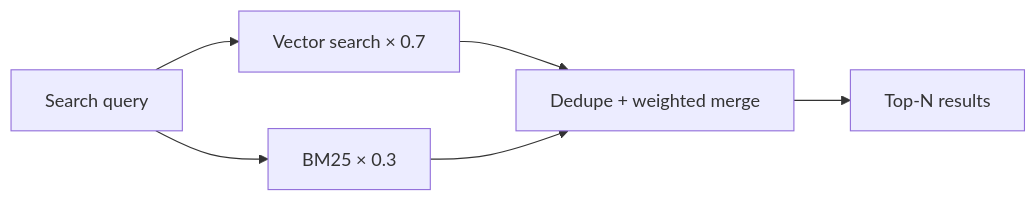
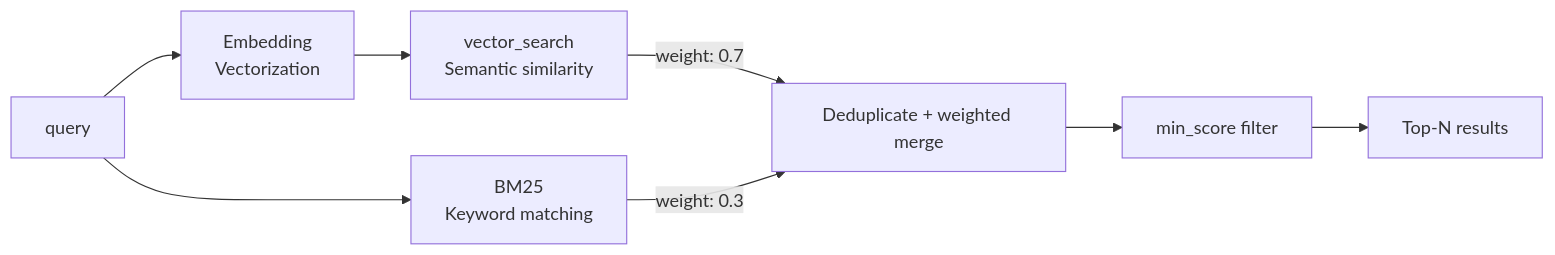
Before and after one commit to lllyyysss77/ReMe: the sixth of 9 diagrams in README.md, drawn with Mermaid. The commit also changed other lines of this file and 106 other files, not shown here.

````diff
--- a/README.md
+++ b/README.md
@@ -286,8 +296,10 @@
 ```mermaid
 graph LR
-    Q[Search query] --> V[Vector search × 0.7]
-Q --> B[BM25 × 0.3]
-V --> M[Dedupe + weighted merge]
-B --> M
-M --> R[Top-N results]
+    Q[query] --> E[Embedding<br>Vectorization]
+    E --> V[vector_search<br>Semantic similarity]
+    Q --> B[BM25<br>Keyword matching]
+    V -->|" weight: 0.7 "| M[Deduplicate + weighted merge]
+    B -->|" weight: 0.3 "| M
+    M --> F[min_score filter]
+    F --> R[Top-N results]
 ```
````
